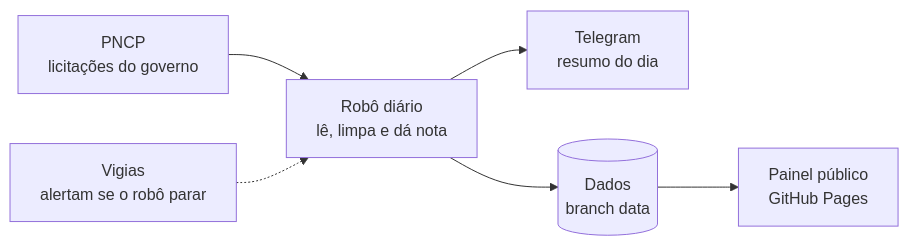
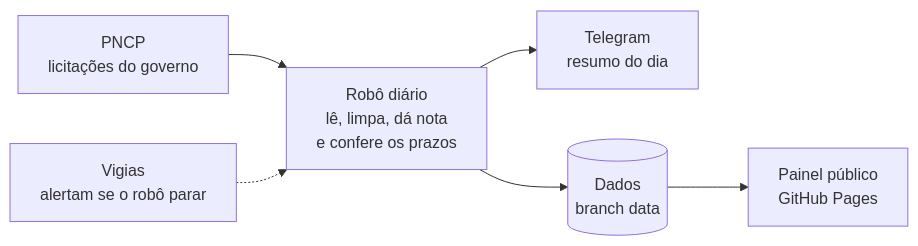
The first of 2 diagrams in README.md (victor-ozores/Radar-PNCP), drawn with Mermaid before and after one commit. The commit also changed other lines of this file and 5 other files, not shown here.

````diff
--- a/README.md
+++ b/README.md
@@ -64,8 +116,8 @@
 ```mermaid
 flowchart LR
-    A["PNCP<br/>licitações do governo"] --> B["Robô diário<br/>lê, limpa e dá nota"]
+    A["PNCP<br/>licitações do governo"] --> B["Robô diário<br/>lê, limpa, dá nota<br/>e confere os prazos"]
     B --> C["Telegram<br/>resumo do dia"]
     B --> D[("Dados<br/>branch data")]
     D --> E["Painel público<br/>GitHub Pages"]
     V["Vigias<br/>alertam se o robô parar"] -.-> B
 ```
````
